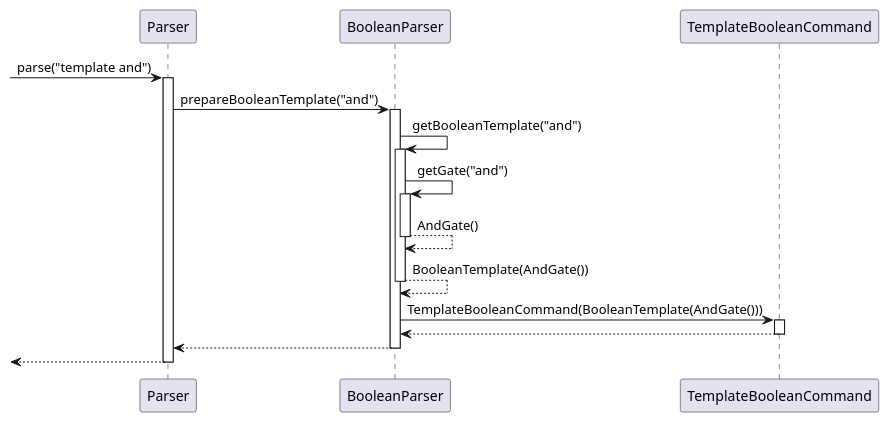
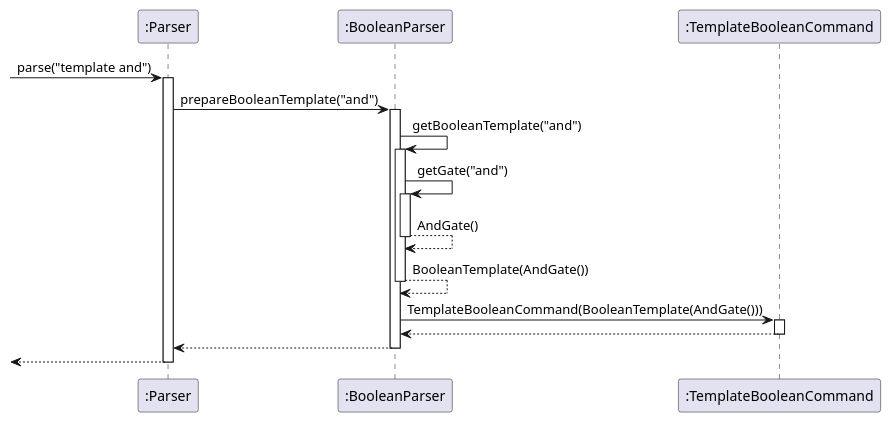
Before and after one commit to sevenseasofbri/tp: the diagram in docs/diagrams/TemplateBooleanCommand.puml, drawn with PlantUML. The commit also changed 11 other files, not shown here.

Commit message:
Changes to object, class, and sequence diagrams

```diff
--- a/docs/diagrams/TemplateBooleanCommand.puml
+++ b/docs/diagrams/TemplateBooleanCommand.puml
@@ -1,39 +1,38 @@
 @startuml
-[->Parser: parse("template and")
+[->":Parser": parse("template and")
 
-activate Parser
+activate ":Parser"
 
-Parser-> BooleanParser: prepareBooleanTemplate("and")
+":Parser"-> ":BooleanParser": prepareBooleanTemplate("and")
 
-activate BooleanParser
+activate ":BooleanParser"
 
-BooleanParser -> BooleanParser: getBooleanTemplate("and")
+":BooleanParser" -> ":BooleanParser": getBooleanTemplate("and")
 
-activate BooleanParser
+activate ":BooleanParser"
 
-BooleanParser -> BooleanParser: getGate("and")
+":BooleanParser" -> ":BooleanParser": getGate("and")
 
-activate BooleanParser
+activate ":BooleanParser"
 
-BooleanParser --> BooleanParser: AndGate()
+":BooleanParser" --> ":BooleanParser": AndGate()
 
-deactivate BooleanParser
+deactivate ":BooleanParser"
 
-BooleanParser --> BooleanParser: BooleanTemplate(AndGate())
+":BooleanParser" --> ":BooleanParser": BooleanTemplate(AndGate())
 
-deactivate BooleanParser
+deactivate ":BooleanParser"
 
-BooleanParser -> TemplateBooleanCommand: TemplateBooleanCommand(BooleanTemplate(AndGate()))
+":BooleanParser" -> ":TemplateBooleanCommand": TemplateBooleanCommand(BooleanTemplate(AndGate()))
 
-activate TemplateBooleanCommand
+activate ":TemplateBooleanCommand"
 
-TemplateBooleanCommand --> BooleanParser
-deactivate TemplateBooleanCommand 
+":TemplateBooleanCommand" --> ":BooleanParser"
+deactivate ":TemplateBooleanCommand"
 
-BooleanParser --> Parser
-deactivate BooleanParser
+":BooleanParser" --> ":Parser"
+deactivate ":BooleanParser"
 
-[<-- Parser
-deactivate Parser
-
+[<-- ":Parser"
+deactivate ":Parser"
 @enduml
```
